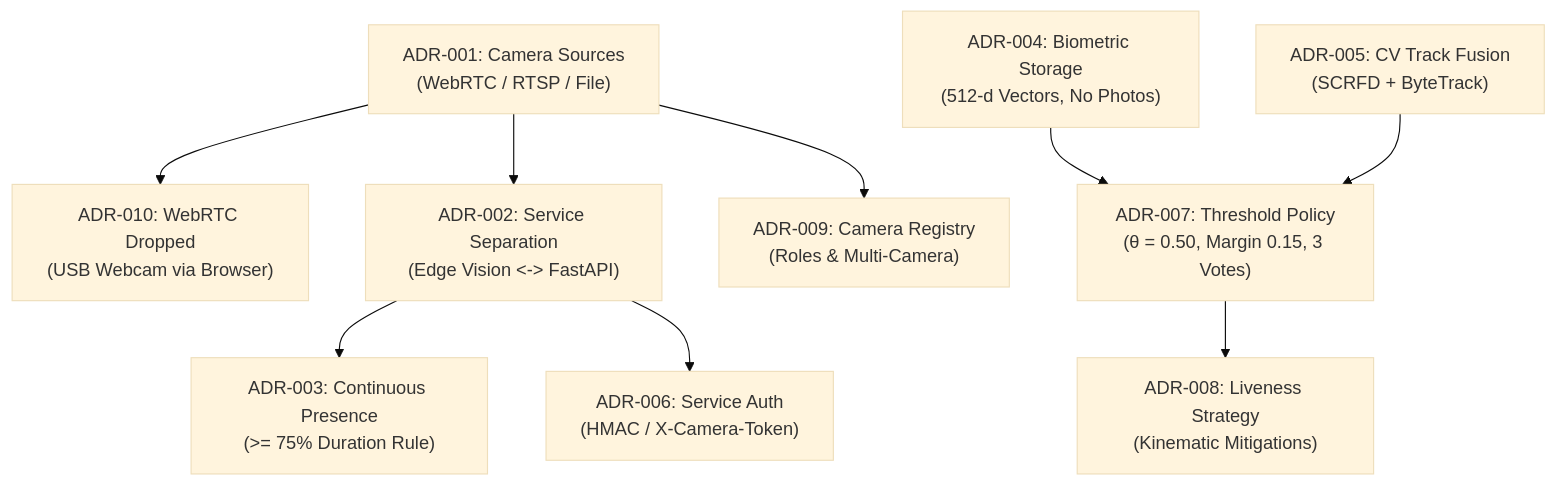
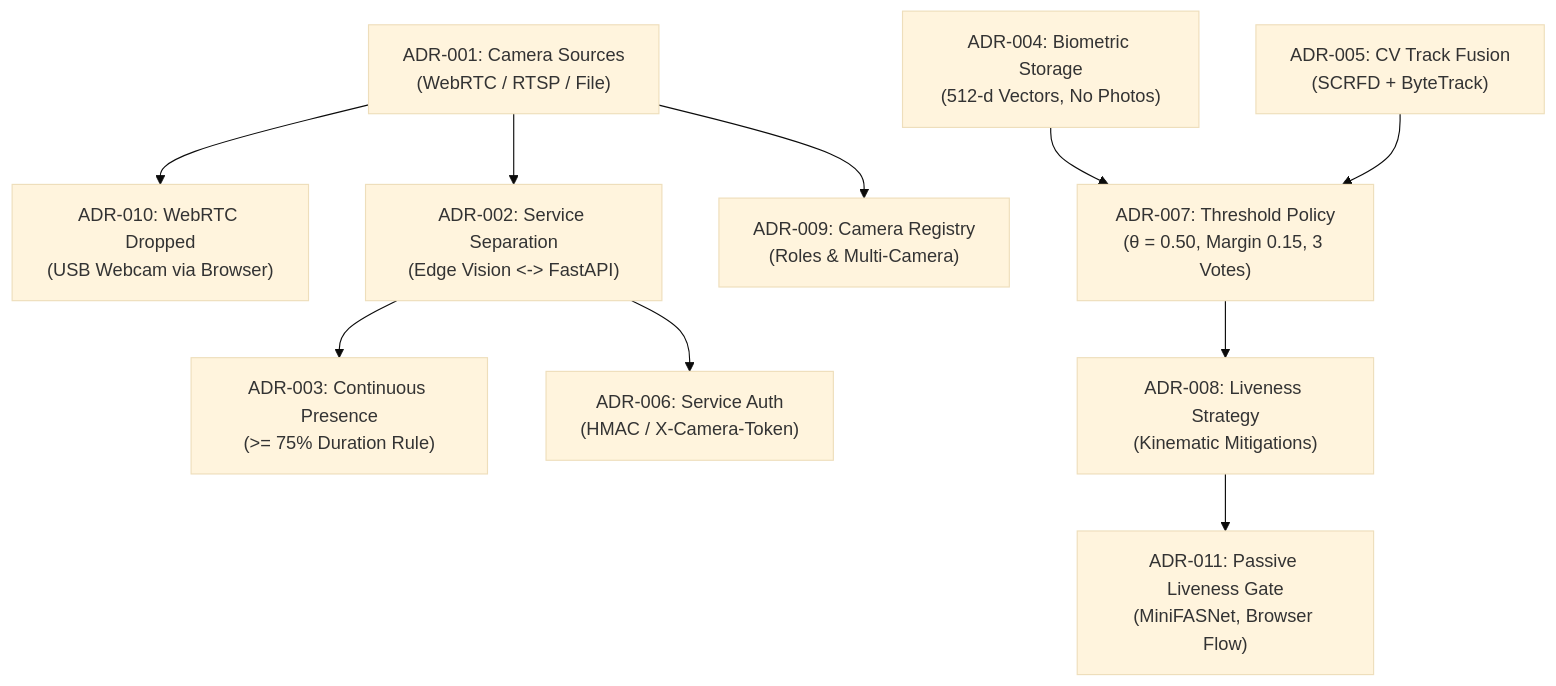
The diagram in docs/adr/README.md (krishtewatia/anti_proxy_attendance), drawn with Mermaid (base theme) before and after one commit. The commit also changed other lines of this file and 33 other files, not shown here.

First line of the commit message:
feat: passive liveness gate before recognition results are signed (observe mode)

````diff
--- a/docs/adr/README.md
+++ b/docs/adr/README.md
@@ -26,11 +27,12 @@
 ```mermaid
 flowchart TD
     ADR001["ADR-001: Camera Sources<br>(WebRTC / RTSP / File)"] --> ADR010["ADR-010: WebRTC Dropped<br>(USB Webcam via Browser)"]
     ADR001 --> ADR002["ADR-002: Service Separation<br>(Edge Vision <-> FastAPI)"]
     ADR002 --> ADR003["ADR-003: Continuous Presence<br>(>= 75% Duration Rule)"]
     ADR002 --> ADR006["ADR-006: Service Auth<br>(HMAC / X-Camera-Token)"]
     ADR001 --> ADR009["ADR-009: Camera Registry<br>(Roles & Multi-Camera)"]
     ADR004["ADR-004: Biometric Storage<br>(512-d Vectors, No Photos)"] --> ADR007["ADR-007: Threshold Policy<br>(θ = 0.50, Margin 0.15, 3 Votes)"]
     ADR005["ADR-005: CV Track Fusion<br>(SCRFD + ByteTrack)"] --> ADR007
     ADR007 --> ADR008["ADR-008: Liveness Strategy<br>(Kinematic Mitigations)"]
+    ADR008 --> ADR011["ADR-011: Passive Liveness Gate<br>(MiniFASNet, Browser Flow)"]
 ```
````
